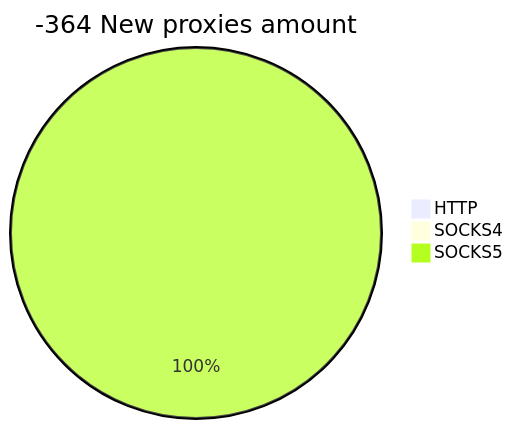
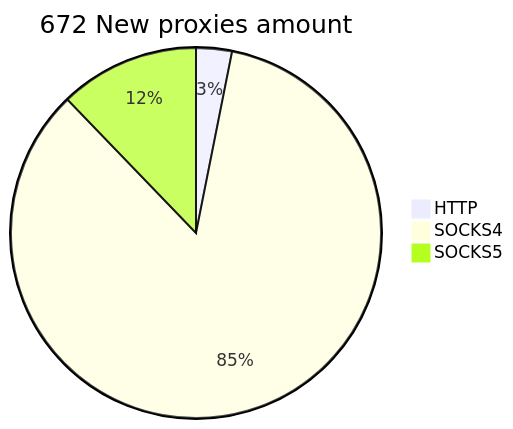
Before and after one commit to cutipu/proxylist: the second of 2 diagrams in README.md, drawn with Mermaid. The commit also changed other lines of this file, not shown here.

````diff
--- a/README.md
+++ b/README.md
@@ -10,6 +10,6 @@
 ```mermaid
-pie title -364 New proxies amount
-    "HTTP" : 0
-    "SOCKS4" : 0
-    "SOCKS5" : 97
+pie title 672 New proxies amount
+    "HTTP" : 21
+    "SOCKS4" : 569
+    "SOCKS5" : 82
 ```
````
